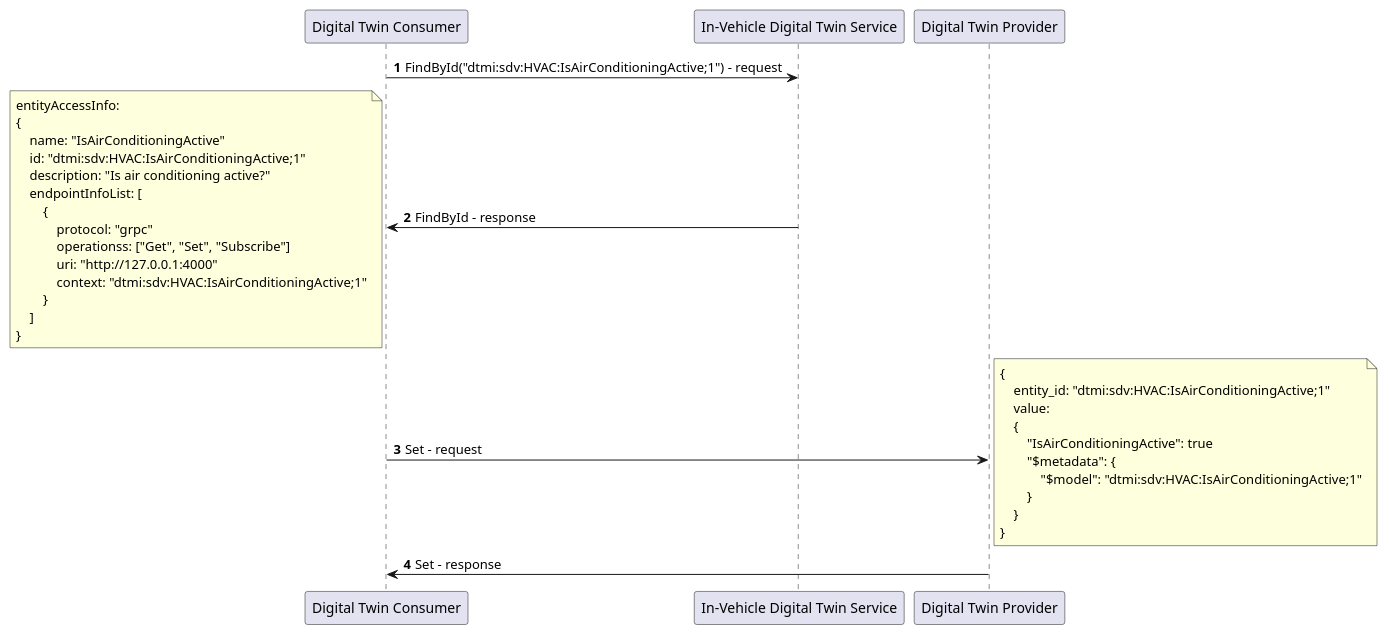
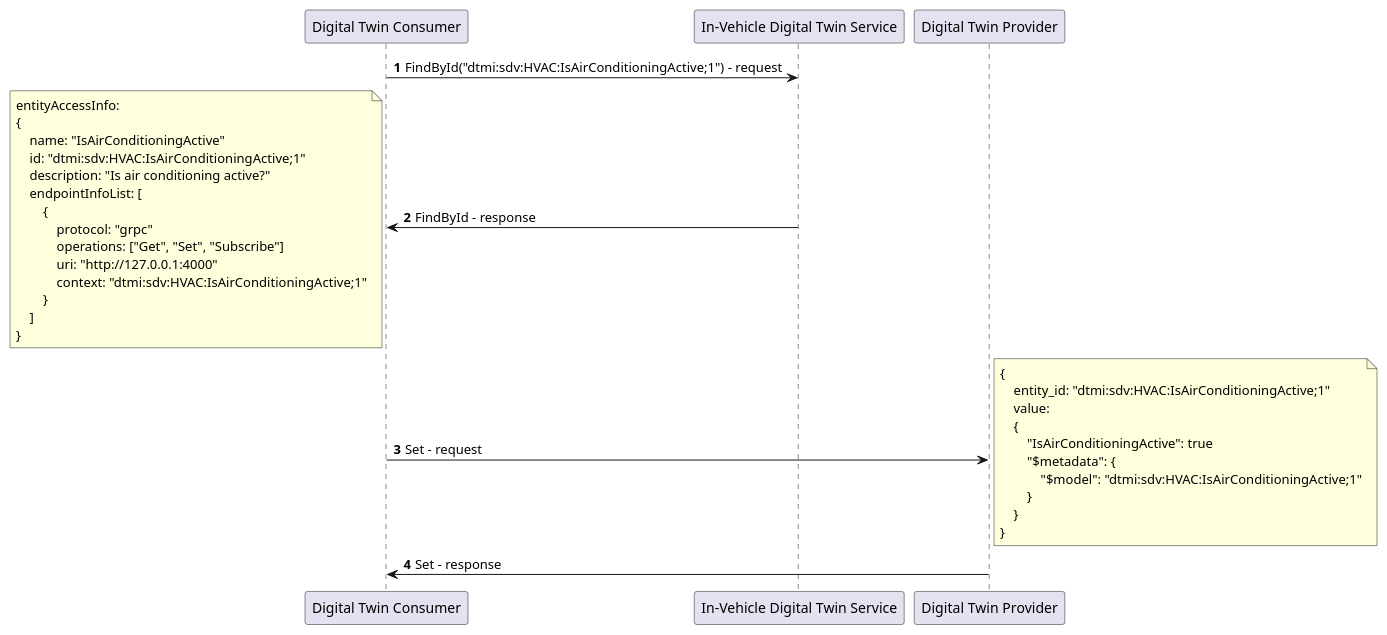
One commit to eclipse-ibeji/ibeji changed the diagram in docs/design/diagrams/set_sequence.puml. Above: the diagram before and after it, drawn with PlantUML. The commit also changed 7 other files, not shown here.

```diff
--- a/docs/design/diagrams/set_sequence.puml
+++ b/docs/design/diagrams/set_sequence.puml
@@ -1,40 +1,40 @@
 @startuml
 
 autonumber
 
 "Digital Twin Consumer" -> "In-Vehicle Digital Twin Service" : FindById("dtmi:sdv:HVAC:IsAirConditioningActive;1") - request
 "Digital Twin Consumer" <- "In-Vehicle Digital Twin Service" : FindById - response
 note left
 entityAccessInfo:
 {
     name: "IsAirConditioningActive"
     id: "dtmi:sdv:HVAC:IsAirConditioningActive;1"
     description: "Is air conditioning active?"
     endpointInfoList: [
         {
             protocol: "grpc"
-            operationss: ["Get", "Set", "Subscribe"]
+            operations: ["Get", "Set", "Subscribe"]
             uri: "http://127.0.0.1:4000"
             context: "dtmi:sdv:HVAC:IsAirConditioningActive;1"
         }
     ]
 }
 end note
 
 "Digital Twin Consumer" -> "Digital Twin Provider" : Set - request
 note right
 {
     entity_id: "dtmi:sdv:HVAC:IsAirConditioningActive;1"
     value:
     {
         "IsAirConditioningActive": true
         "$metadata": {
             "$model": "dtmi:sdv:HVAC:IsAirConditioningActive;1"
         }
     }
 }
 end note
 
 "Digital Twin Consumer" <- "Digital Twin Provider" : Set - response
 
 @enduml
```
